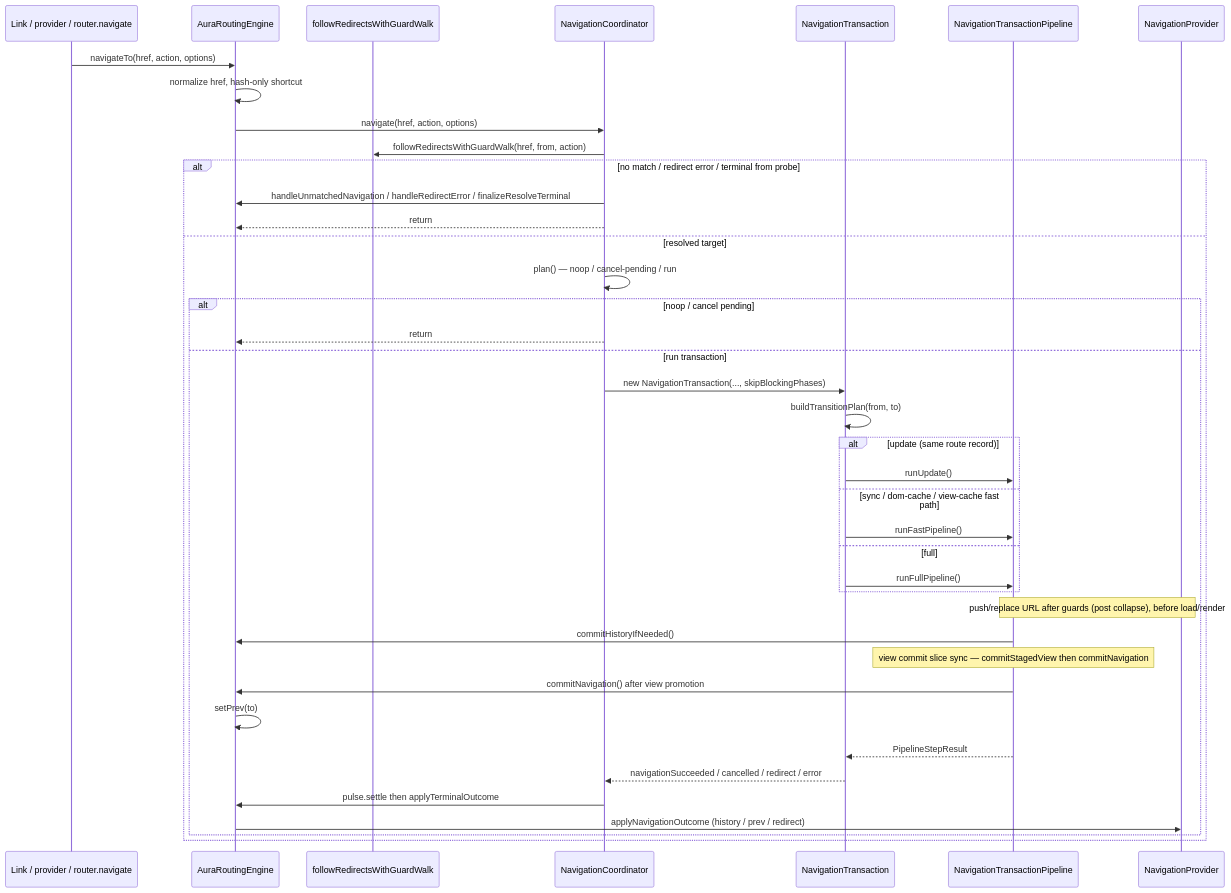
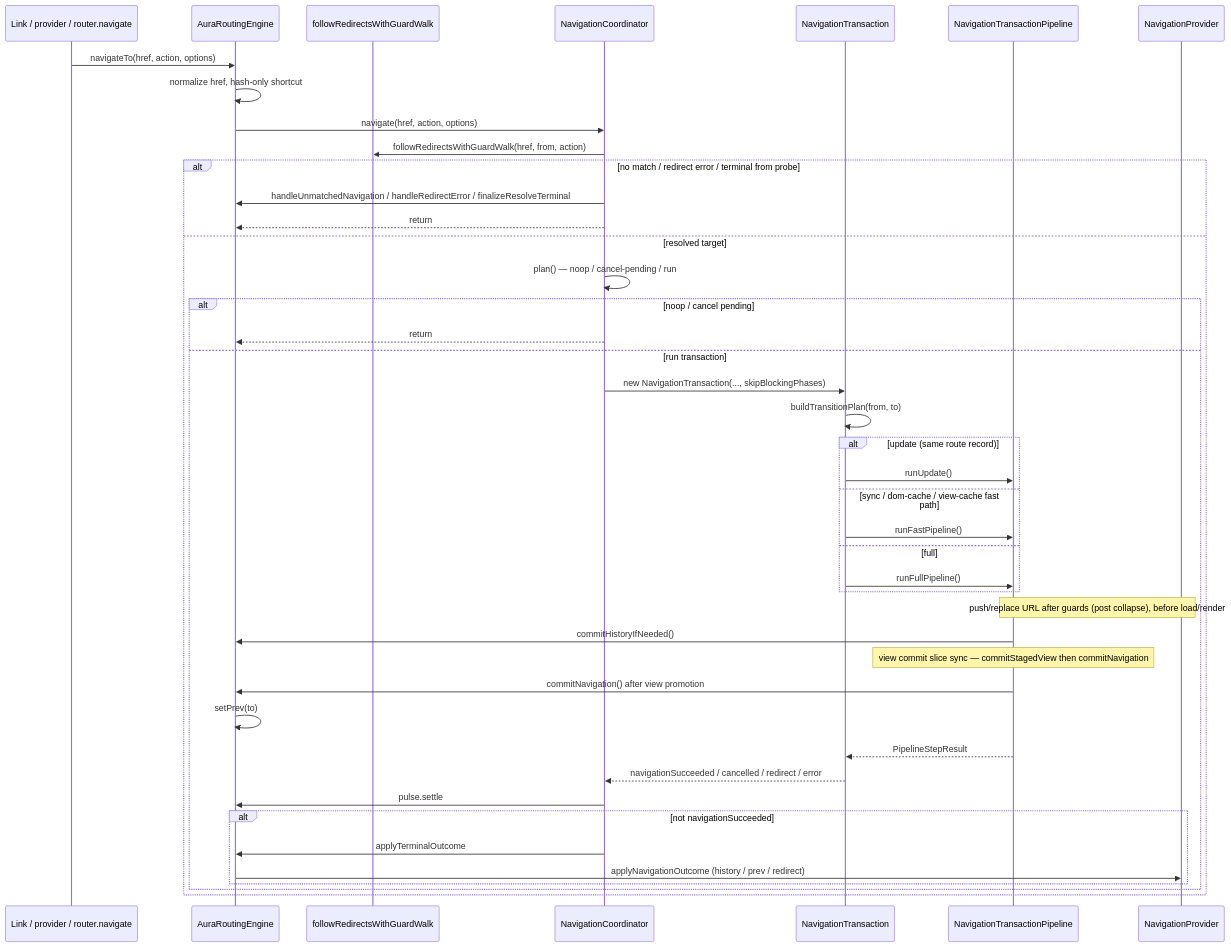
Before and after one commit to aura-ui/router: the diagram in src/modules/aura-routing-engine/core/ARCHITECTURE.md, drawn with Mermaid. The commit also changed other lines of this file and 1 other file, not shown here.

Commit message:
docs: rewrite slim README and sync engine ARCHITECTURE

````diff
--- a/src/modules/aura-routing-engine/core/ARCHITECTURE.md
+++ b/src/modules/aura-routing-engine/core/ARCHITECTURE.md
@@ -32,43 +34,46 @@
 ```mermaid
 sequenceDiagram
   participant Source as Link / provider / router.navigate
   participant Engine as AuraRoutingEngine
   participant Redirect as followRedirectsWithGuardWalk
   participant Coord as NavigationCoordinator
   participant Tx as NavigationTransaction
   participant Pipeline as NavigationTransactionPipeline
   participant History as NavigationProvider
 
   Source->>Engine: navigateTo(href, action, options)
   Engine->>Engine: normalize href, hash-only shortcut
   Engine->>Coord: navigate(href, action, options)
   Coord->>Redirect: followRedirectsWithGuardWalk(href, from, action)
   alt no match / redirect error / terminal from probe
     Coord->>Engine: handleUnmatchedNavigation / handleRedirectError / finalizeResolveTerminal
     Coord-->>Engine: return
   else resolved target
     Coord->>Coord: plan() — noop / cancel-pending / run
     alt noop / cancel pending
       Coord-->>Engine: return
     else run transaction
       Coord->>Tx: new NavigationTransaction(..., skipBlockingPhases)
       Tx->>Tx: buildTransitionPlan(from, to)
       alt update (same route record)
         Tx->>Pipeline: runUpdate()
       else sync / dom-cache / view-cache fast path
         Tx->>Pipeline: runFastPipeline()
       else full
         Tx->>Pipeline: runFullPipeline()
       end
       Note over Pipeline,History: push/replace URL after guards (post collapse), before load/render
       Pipeline->>Engine: commitHistoryIfNeeded()
       Note over Pipeline: view commit slice sync — commitStagedView then commitNavigation
       Pipeline->>Engine: commitNavigation() after view promotion
       Engine->>Engine: setPrev(to)
       Pipeline-->>Tx: PipelineStepResult
       Tx-->>Coord: navigationSucceeded / cancelled / redirect / error
-      Coord->>Engine: pulse.settle then applyTerminalOutcome
-      Engine->>History: applyNavigationOutcome (history / prev / redirect)
+      Coord->>Engine: pulse.settle
+      alt not navigationSucceeded
+        Coord->>Engine: applyTerminalOutcome
+        Engine->>History: applyNavigationOutcome (history / prev / redirect)
+      end
     end
   end
 ```
````
